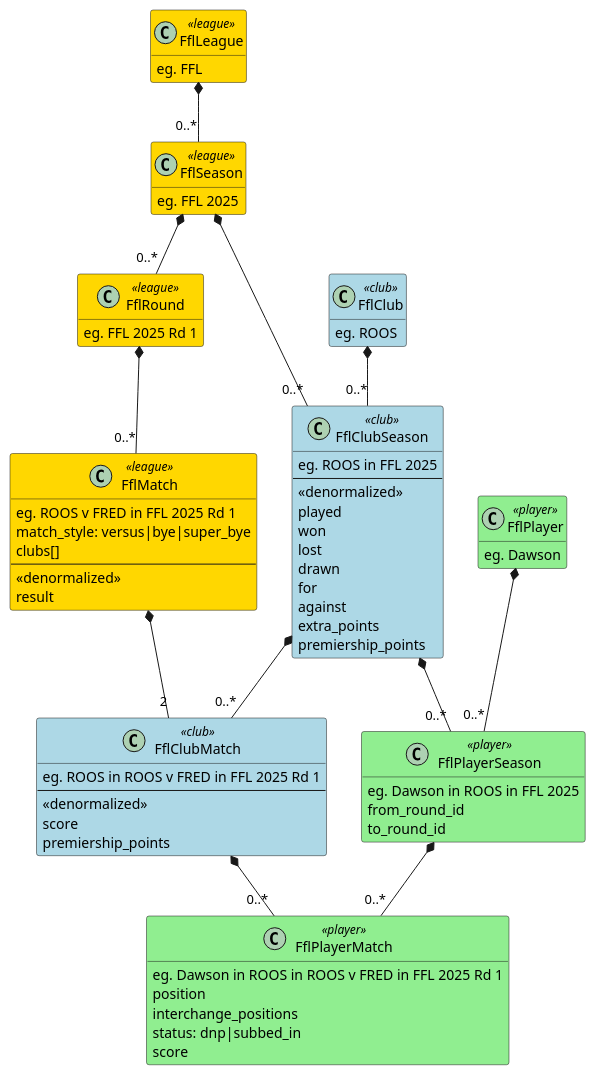
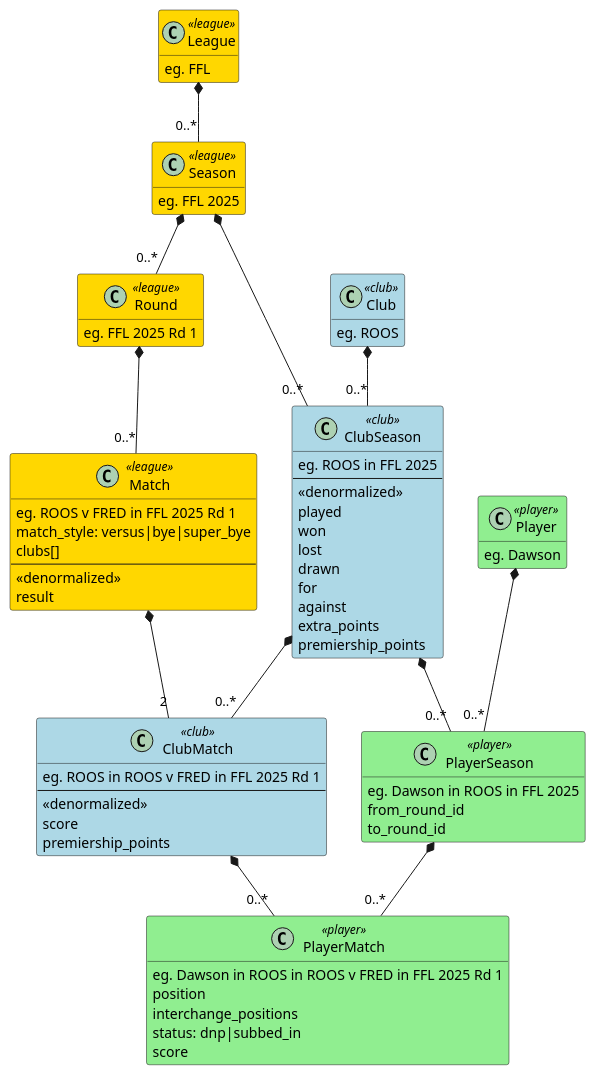
Before and after one commit to ruiboy/xffl: the second of 2 diagrams in README.md, drawn with PlantUML. The commit also changed other lines of this file, not shown here.

Commit message:
Simpler entity names

````diff
--- a/README.md
+++ b/README.md
@@ -320,16 +320,16 @@
   BackgroundColor<<player>> LightGreen
 }
 
-class FflLeague <<league>> {
+class League <<league>> {
   eg. FFL
 }
-class FflSeason <<league>> {
+class Season <<league>> {
   eg. FFL 2025 
 }
-class FflRound <<league>> {
+class Round <<league>> {
   eg. FFL 2025 Rd 1
 }
-class FflMatch <<league>> {
+class Match <<league>> {
   eg. ROOS v FRED in FFL 2025 Rd 1
   match_style: versus|bye|super_bye
   clubs[]
@@ -338,10 +338,10 @@
   result
 }
 
-class FflClub <<club>> {
+class Club <<club>> {
   eg. ROOS
 }
-class FflClubSeason <<club>> {
+class ClubSeason <<club>> {
   eg. ROOS in FFL 2025
   --
   <<denormalized>>
@@ -354,7 +354,7 @@
   extra_points
   premiership_points
 }
-class FflClubMatch <<club>> {
+class ClubMatch <<club>> {
   eg. ROOS in ROOS v FRED in FFL 2025 Rd 1
   --
   <<denormalized>>
@@ -362,15 +362,15 @@
   premiership_points
 }
 
-class FflPlayer <<player>> {
+class Player <<player>> {
   eg. Dawson
 }
-class FflPlayerSeason <<player>> {
+class PlayerSeason <<player>> {
   eg. Dawson in ROOS in FFL 2025
   from_round_id
   to_round_id
 }
-class FflPlayerMatch <<player>> {
+class PlayerMatch <<player>> {
   eg. Dawson in ROOS in ROOS v FRED in FFL 2025 Rd 1
   position
   interchange_positions
@@ -378,21 +378,21 @@
   score
 }
 
-FflLeague *-- "0..*" FflSeason
-FflSeason *-- "0..*" FflRound
-FflRound *-- "0..*" FflMatch
+League *-- "0..*" Season
+Season *-- "0..*" Round
+Round *-- "0..*" Match
 
-FflClub *-- "0..*" FflClubSeason
-FflSeason *-- "0..*" FflClubSeason
+Club *-- "0..*" ClubSeason
+Season *-- "0..*" ClubSeason
 
-FflMatch *-- "2" FflClubMatch
-FflClubSeason *-- "0..*" FflClubMatch
+Match *-- "2" ClubMatch
+ClubSeason *-- "0..*" ClubMatch
 
-FflPlayer *-- "0..*" FflPlayerSeason
-FflClubSeason *-- "0..*" FflPlayerSeason
+Player *-- "0..*" PlayerSeason
+ClubSeason *-- "0..*" PlayerSeason
 
-FflClubMatch *-- "0..*" FflPlayerMatch
-FflPlayerSeason *-- "0..*" FflPlayerMatch
+ClubMatch *-- "0..*" PlayerMatch
+PlayerSeason *-- "0..*" PlayerMatch
 
 @enduml
 ```
````
